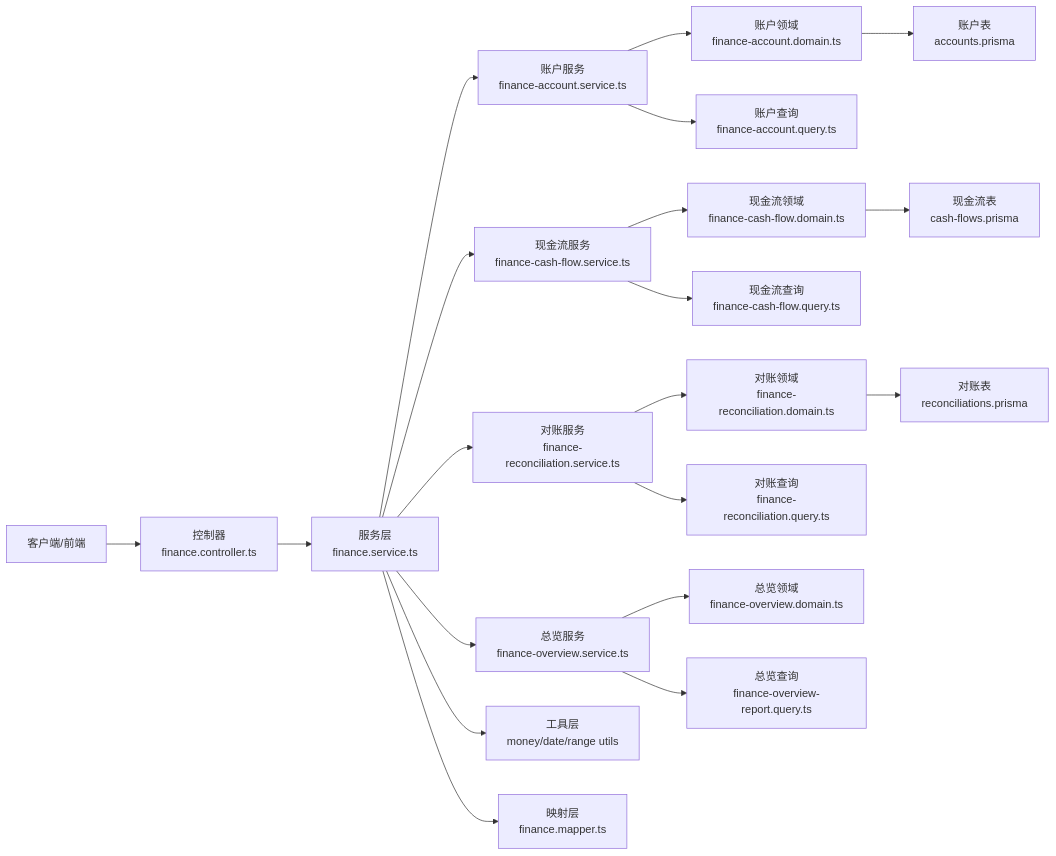
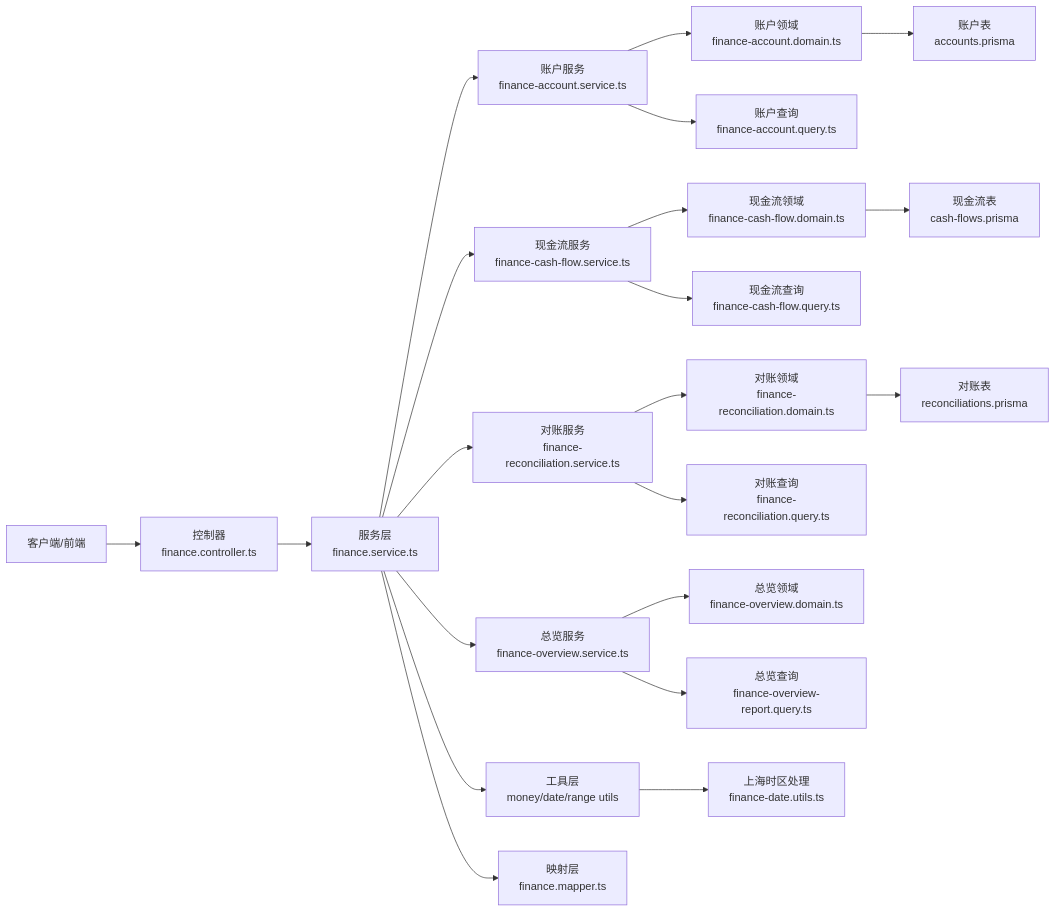
The second of 7 diagrams in .qoder/repowiki/zh/content/业务模块/财务管理模块/财务管理模块.md (rc558620/purelyprofit-server), drawn with Mermaid before and after one commit. The commit also changed other lines of this file and 35 other files, not shown here.

````diff
--- a/.qoder/repowiki/zh/content/业务模块/财务管理模块/财务管理模块.md
+++ b/.qoder/repowiki/zh/content/业务模块/财务管理模块/财务管理模块.md
@@ -161,22 +176,23 @@
 ```mermaid
 graph LR
 Client["客户端/前端"] --> Ctrl["控制器<br/>finance.controller.ts"]
 Ctrl --> Svc["服务层<br/>finance.service.ts"]
 Svc --> AccSvc["账户服务<br/>finance-account.service.ts"]
 Svc --> CashSvc["现金流服务<br/>finance-cash-flow.service.ts"]
 Svc --> RecSvc["对账服务<br/>finance-reconciliation.service.ts"]
 Svc --> OverSvc["总览服务<br/>finance-overview.service.ts"]
 AccSvc --> AccDomain["账户领域<br/>finance-account.domain.ts"]
 CashSvc --> CashDomain["现金流领域<br/>finance-cash-flow.domain.ts"]
 RecSvc --> RecDomain["对账领域<br/>finance-reconciliation.domain.ts"]
 OverSvc --> OverDomain["总览领域<br/>finance-overview.domain.ts"]
 AccSvc --> AccQuery["账户查询<br/>finance-account.query.ts"]
 CashSvc --> CashQuery["现金流查询<br/>finance-cash-flow.query.ts"]
 RecSvc --> RecQuery["对账查询<br/>finance-reconciliation.query.ts"]
 OverSvc --> OverQuery["总览查询<br/>finance-overview-report.query.ts"]
 Svc --> Utils["工具层<br/>money/date/range utils"]
 Svc --> Mapper["映射层<br/>finance.mapper.ts"]
 AccDomain --> DBAcc["账户表<br/>accounts.prisma"]
 CashDomain --> DBCash["现金流表<br/>cash-flows.prisma"]
 RecDomain --> DBRec["对账表<br/>reconciliations.prisma"]
+Utils --> TZ["上海时区处理<br/>finance-date.utils.ts"]
 ```
````
